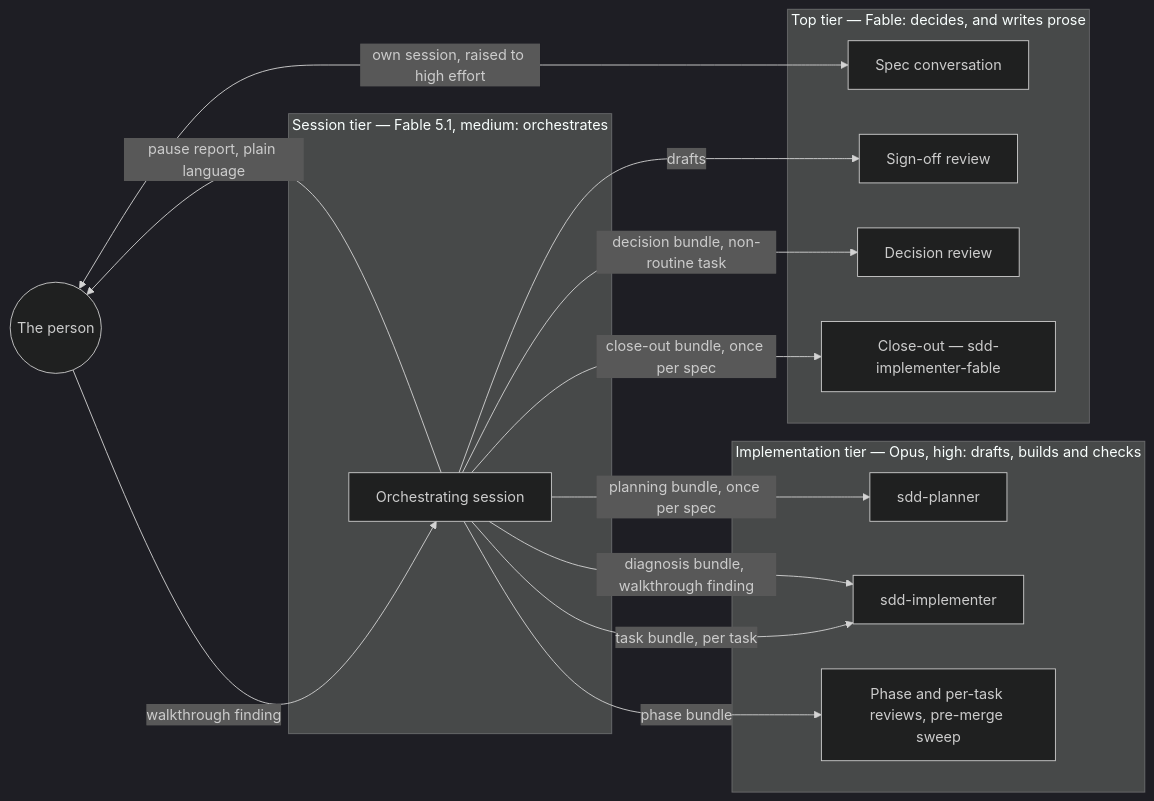
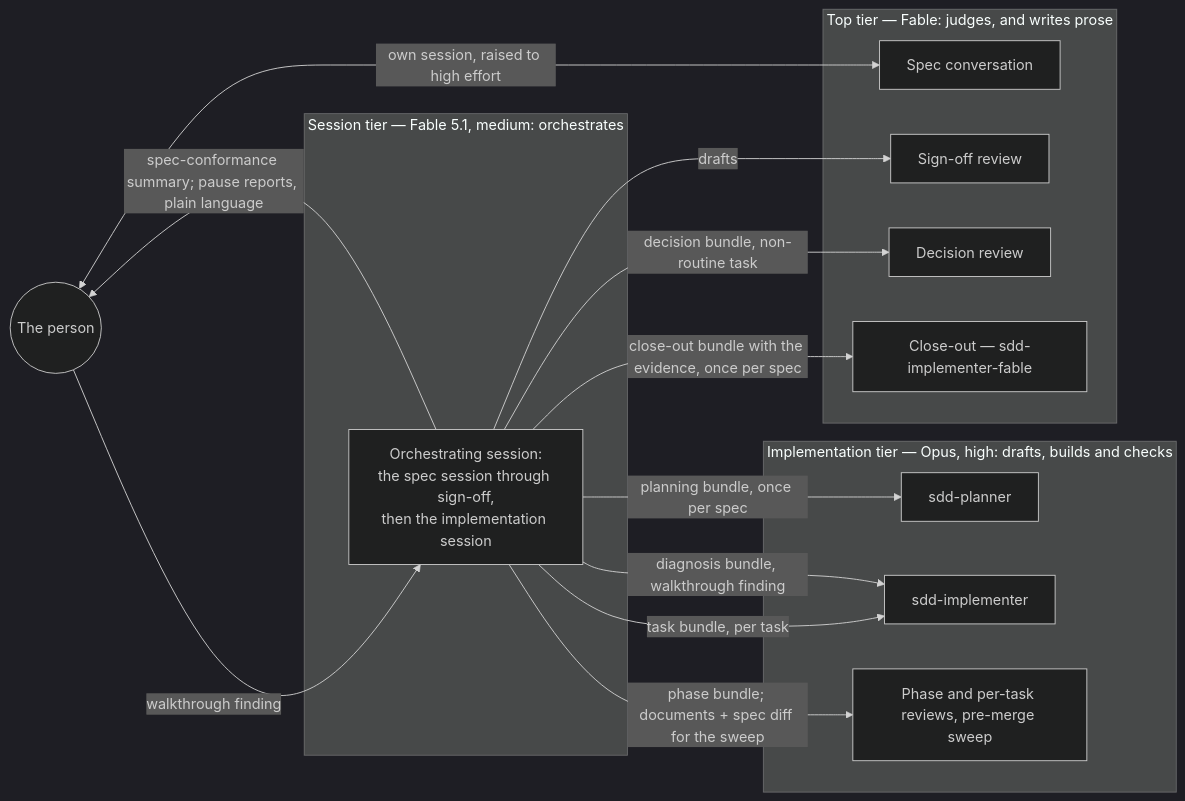
The diagram in README.md (EHaake/solowright), drawn with Mermaid (dark theme) before and after one commit. The commit also changed other lines of this file and 1 other file, not shown here.

````diff
--- a/README.md
+++ b/README.md
@@ -102,28 +102,28 @@
 ```mermaid
 flowchart LR
     PERSON(("The person"))
-    subgraph top["Top tier — Fable: decides, and writes prose"]
+    subgraph top["Top tier — Fable: judges, and writes prose"]
         SPEC["Spec conversation"]
         SIGN["Sign-off review"]
         DEC["Decision review"]
         CLOSE["Close-out — sdd-implementer-fable"]
     end
     subgraph impl["Implementation tier — Opus, high: drafts, builds and checks"]
         PLAN["sdd-planner"]
         IMP["sdd-implementer"]
         REV["Phase and per-task reviews, pre-merge sweep"]
     end
     subgraph sess["Session tier — Fable 5.1, medium: orchestrates"]
-        ORC["Orchestrating session"]
+        ORC["Orchestrating session:<br/>the spec session through sign-off,<br/>then the implementation session"]
     end
     PERSON <-->|"own session, raised to high effort"| SPEC
     ORC -->|"planning bundle, once per spec"| PLAN
     ORC -->|"drafts"| SIGN
     ORC -->|"decision bundle, non-routine task"| DEC
     ORC -->|"task bundle, per task"| IMP
     ORC -->|"diagnosis bundle, walkthrough finding"| IMP
-    ORC -->|"phase bundle"| REV
-    ORC -->|"close-out bundle, once per spec"| CLOSE
-    ORC -->|"pause report, plain language"| PERSON
+    ORC -->|"phase bundle; documents + spec diff for the sweep"| REV
+    ORC -->|"close-out bundle with the evidence, once per spec"| CLOSE
+    ORC -->|"spec-conformance summary; pause reports, plain language"| PERSON
     PERSON -->|"walkthrough finding"| ORC
 ```
````
